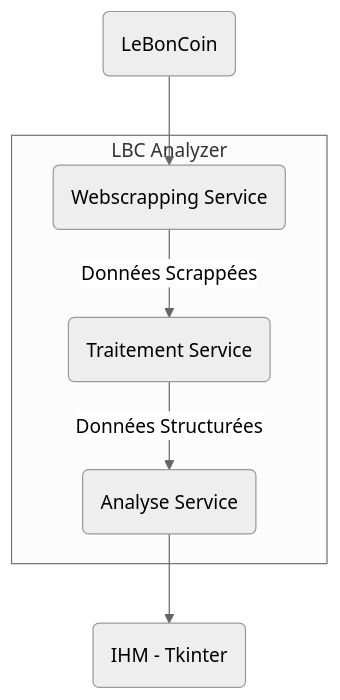
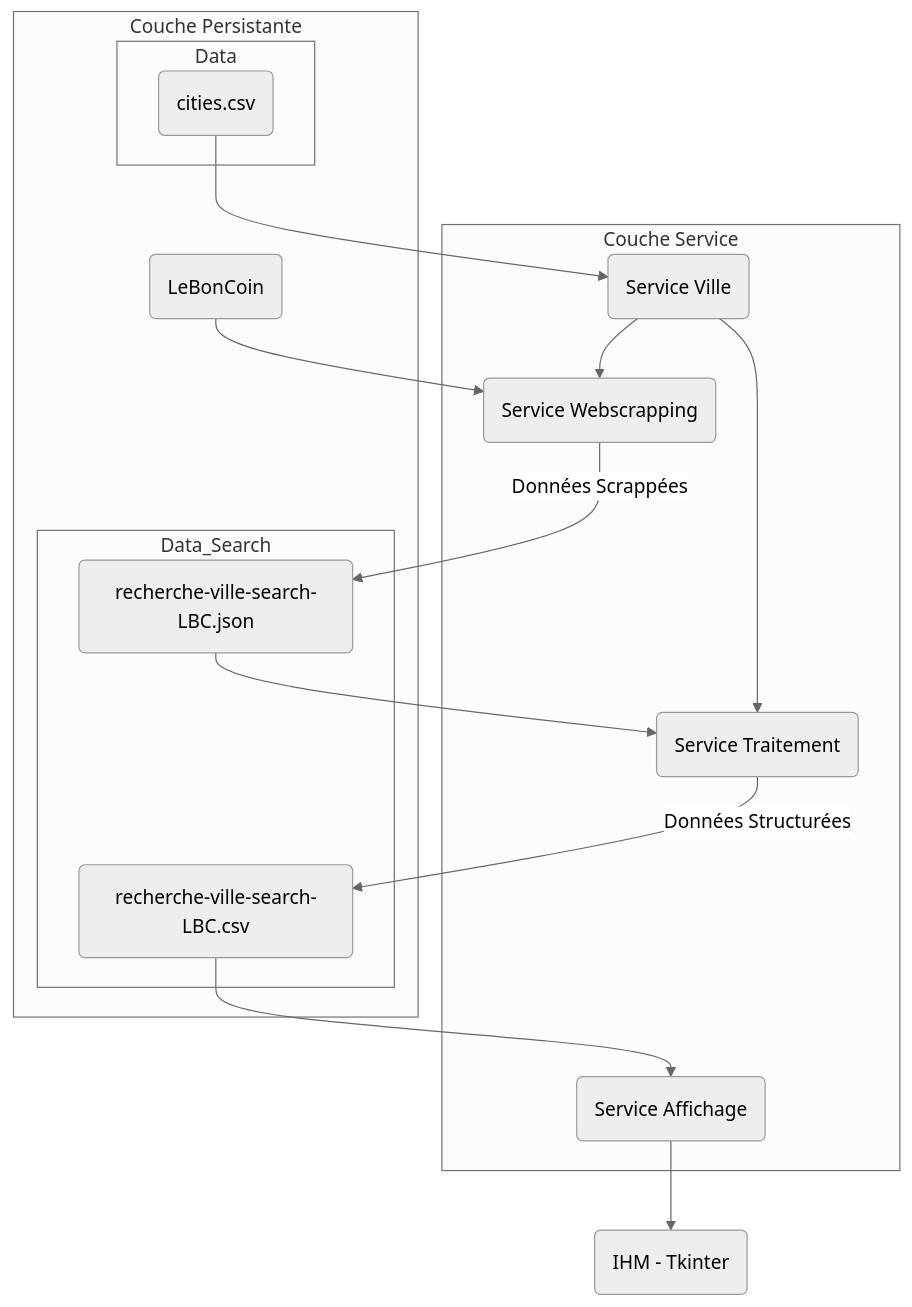
Before and after one commit to Max32x/LBC-Analyzer: the diagram in README.md, drawn with Mermaid (neutral theme). The commit also changed other lines of this file, not shown here.

````diff
--- a/README.md
+++ b/README.md
@@ -72,10 +74,32 @@
 ```mermaid
 graph TB
-  subgraph LBC Analyzer
-    B -->|Données Scrappées| E(Traitement Service)
-    E -->|Données Structurées| C(Analyse Service)
+  subgraph Couche Service
+    B(Service Webscrapping)
+    C(Service Traitement) 
+    D(Service Affichage)
+    V(Service Ville)
   end
 
-A(LeBonCoin) --> B(Webscrapping Service)
-C --> D(IHM - Tkinter)
+    subgraph Couche Persistante
+    LBC(LeBonCoin)
+        subgraph Data
+        R(cities.csv) --> V
+        end
+
+    subgraph Data_Search
+        S(recherche-ville-search-LBC.json)
+        S2(recherche-ville-search-LBC.csv)
+    end
+end
+
+LBC --> B
+
+V--> B
+V--> C
+B-->|Données Scrappées|S
+S --> C
+C -->|Données Structurées| S2
+
+S2-->D
+D--> IHM(IHM - Tkinter)
 ```
````
